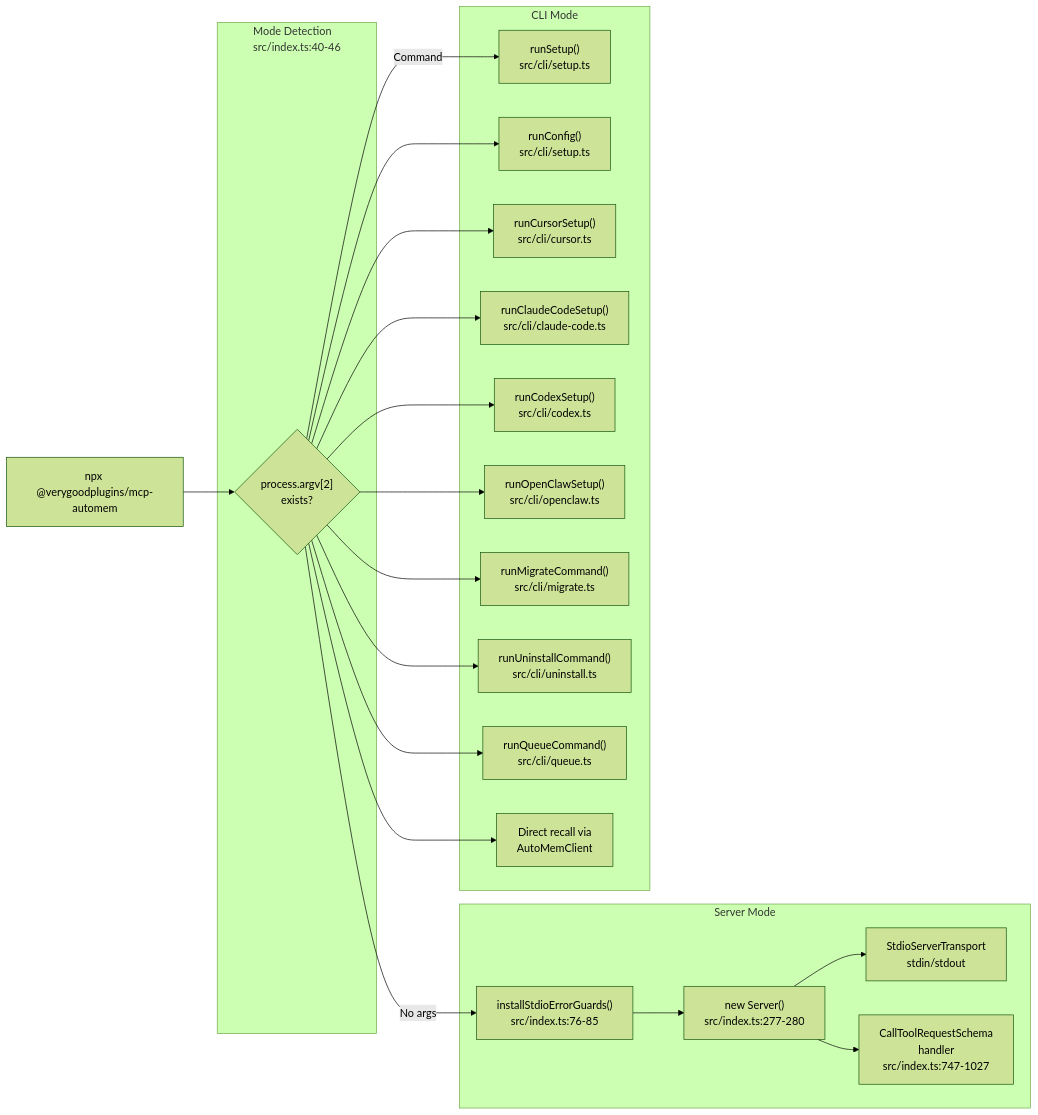
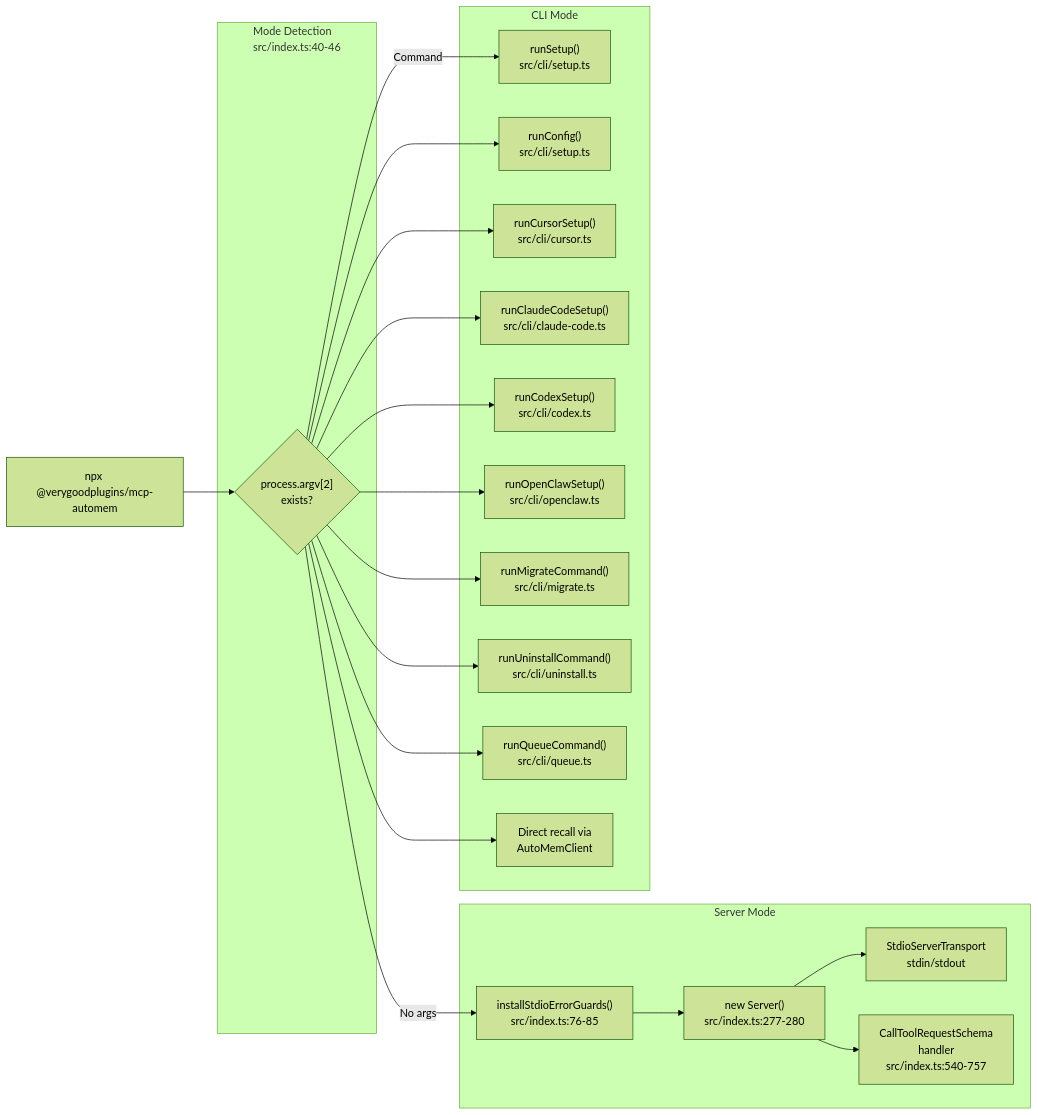
Before and after one commit to verygoodplugins/automem-website: the second of 6 diagrams in src/content/docs/docs/architecture/mcp-bridge.md, drawn with Mermaid (forest theme). The commit also changed other lines of this file, not shown here.

First line of the commit message:
docs: fix drift in MCP Bridge architecture page

````diff
--- a/src/content/docs/docs/architecture/mcp-bridge.md
+++ b/src/content/docs/docs/architecture/mcp-bridge.md
@@ -81,46 +81,46 @@
 ```mermaid
 graph LR
     START["npx @verygoodplugins/mcp-automem"]
 
     subgraph Detection["Mode Detection<br/>src/index.ts:40-46"]
         CHECK{"process.argv[2]<br/>exists?"}
     end
 
     subgraph Server_Mode["Server Mode"]
         STDIO_GUARD["installStdioErrorGuards()<br/>src/index.ts:76-85"]
         MCP_SERVER["new Server()<br/>src/index.ts:277-280"]
         STDIO_TRANSPORT["StdioServerTransport<br/>stdin/stdout"]
-        TOOL_HANDLER["CallToolRequestSchema<br/>handler<br/>src/index.ts:747-1027"]
+        TOOL_HANDLER["CallToolRequestSchema<br/>handler<br/>src/index.ts:540-757"]
     end
 
     subgraph CLI_Mode["CLI Mode"]
         SETUP["runSetup()<br/>src/cli/setup.ts"]
         CONFIG["runConfig()<br/>src/cli/setup.ts"]
         CURSOR["runCursorSetup()<br/>src/cli/cursor.ts"]
         CLAUDE_CODE["runClaudeCodeSetup()<br/>src/cli/claude-code.ts"]
         CODEX["runCodexSetup()<br/>src/cli/codex.ts"]
         OPENCLAW["runOpenClawSetup()<br/>src/cli/openclaw.ts"]
         MIGRATE["runMigrateCommand()<br/>src/cli/migrate.ts"]
         UNINSTALL["runUninstallCommand()<br/>src/cli/uninstall.ts"]
         QUEUE["runQueueCommand()<br/>src/cli/queue.ts"]
         RECALL["Direct recall via<br/>AutoMemClient"]
     end
 
     START --> CHECK
     CHECK -->|"No args"| STDIO_GUARD
     CHECK -->|"Command"| SETUP
 
     STDIO_GUARD --> MCP_SERVER
     MCP_SERVER --> STDIO_TRANSPORT
     MCP_SERVER --> TOOL_HANDLER
 
     CHECK --> CONFIG
     CHECK --> CURSOR
     CHECK --> CLAUDE_CODE
     CHECK --> CODEX
     CHECK --> OPENCLAW
     CHECK --> MIGRATE
     CHECK --> UNINSTALL
     CHECK --> QUEUE
     CHECK --> RECALL
 ```
````
